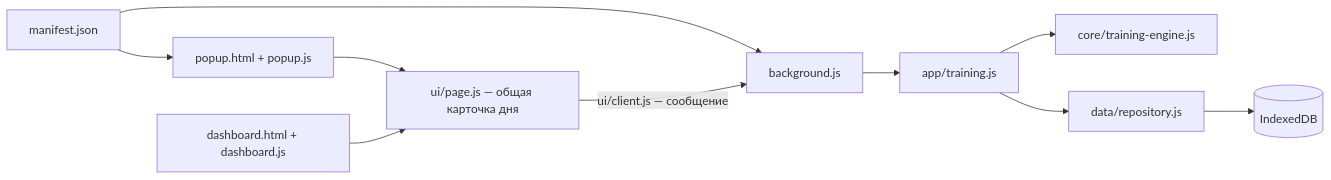
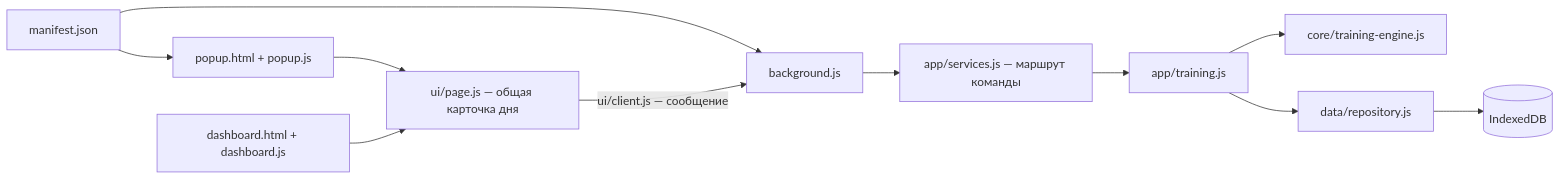
One commit to joerude/lichess-training changed the diagram in docs/learning/first-working-addon.md. Above: the diagram before and after it, drawn with Mermaid. The commit also changed other lines of this file and 34 other files, not shown here.

````diff
--- a/docs/learning/first-working-addon.md
+++ b/docs/learning/first-working-addon.md
@@ -7,12 +7,13 @@
 ```mermaid
 flowchart LR
   M[manifest.json] --> P[popup.html + popup.js]
   M --> B[background.js]
   P --> S[ui/page.js — общая карточка дня]
   D[dashboard.html + dashboard.js] --> S
   S -->|ui/client.js — сообщение| B
-  B --> T[app/training.js]
+  B --> A[app/services.js — маршрут команды]
+  A --> T[app/training.js]
   T --> C[core/training-engine.js]
   T --> R[data/repository.js]
   R --> DB[(IndexedDB)]
 ```
````
